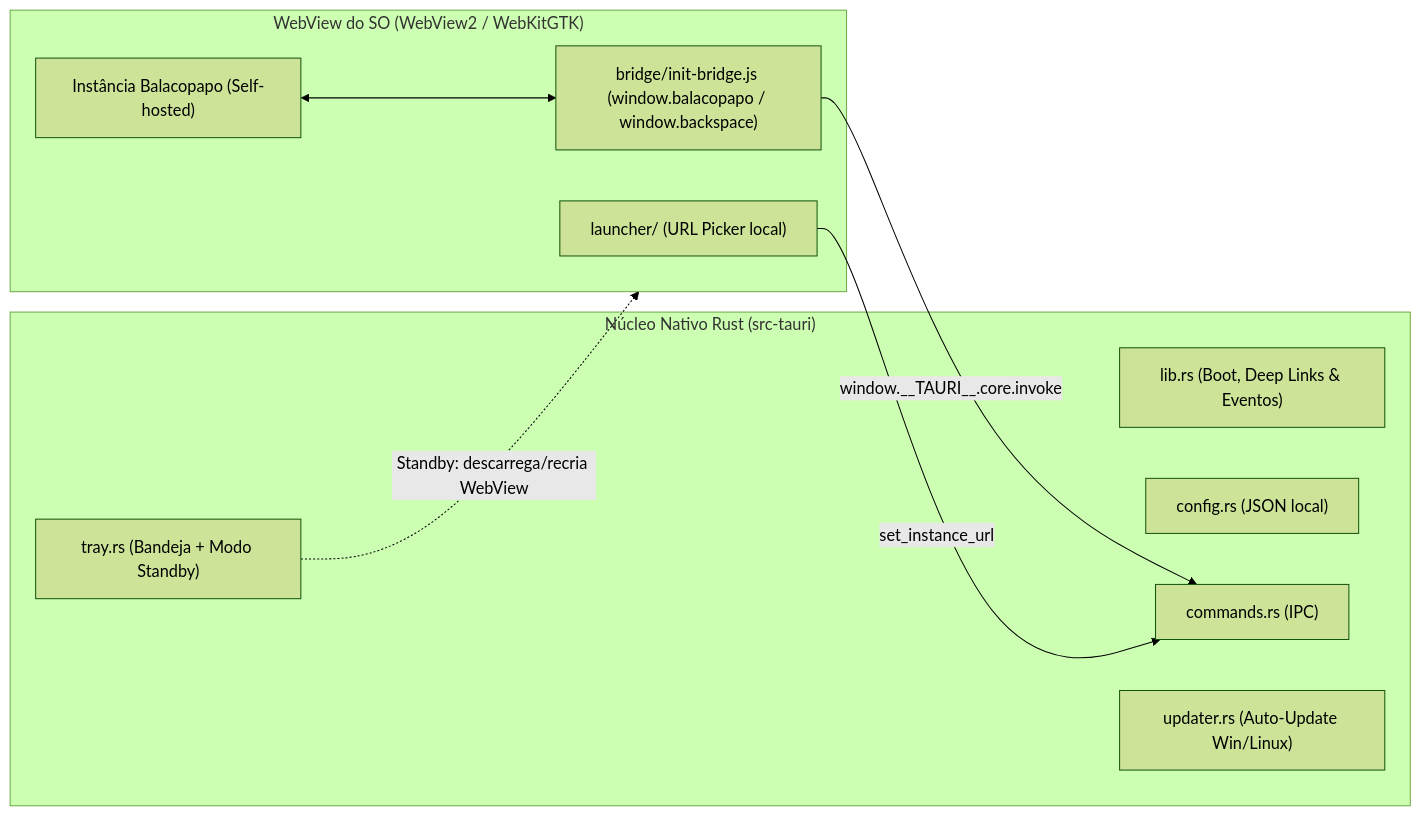
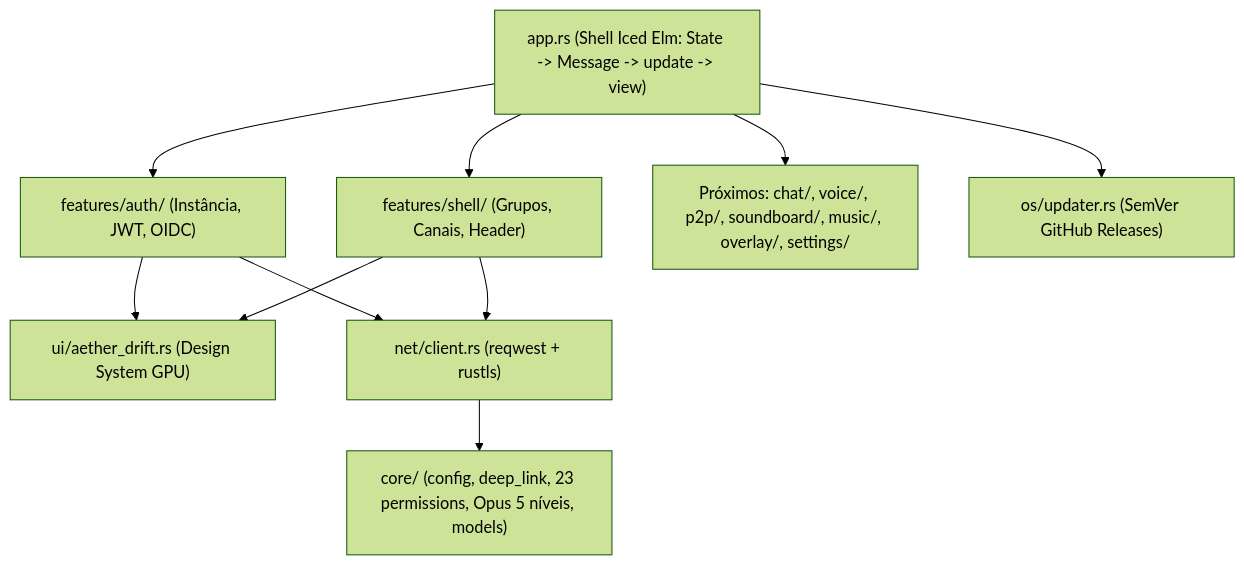
Before and after one commit to RichardDavid7/balacopapo: the diagram in clients/desktop/ARCHITECTURE.md, drawn with Mermaid (forest theme). The commit also changed other lines of this file and 46 other files, not shown here.

Commit message:
feat(desktop): migrate clients/desktop to 100% native Rust (Iced + wgpu, Zero WebView) — Marco 1

````diff
--- a/clients/desktop/ARCHITECTURE.md
+++ b/clients/desktop/ARCHITECTURE.md
@@ -9,21 +22,14 @@
 ```mermaid
-graph LR
-    subgraph Rust["Núcleo Nativo Rust (src-tauri)"]
-        LIB["lib.rs (Boot, Deep Links & Eventos)"]
-        CFG["config.rs (JSON local)"]
-        CMD["commands.rs (IPC)"]
-        TRAY["tray.rs (Bandeja + Modo Standby)"]
-        UPD["updater.rs (Auto-Update Win/Linux)"]
-    end
+graph TD
+    APP["app.rs (Shell Iced Elm: State -> Message -> update -> view)"]
+    APP --> AUTH["features/auth/ (Instância, JWT, OIDC)"]
+    APP --> SHELL["features/shell/ (Grupos, Canais, Header)"]
+    APP --> NEXT["Próximos: chat/, voice/, p2p/, soundboard/, music/, overlay/, settings/"]
 
-    subgraph WebView["WebView do SO (WebView2 / WebKitGTK)"]
-        LAUNCHER["launcher/ (URL Picker local)"]
-        BRIDGE["bridge/init-bridge.js (window.balacopapo / window.backspace)"]
-        APP["Instância Balacopapo (Self-hosted)"]
-    end
-
-    LAUNCHER -->|"set_instance_url"| CMD
-    BRIDGE -->|"window.__TAURI__.core.invoke"| CMD
-    APP <--> BRIDGE
-    TRAY -.->|"Standby: descarrega/recria WebView"| WebView
+    AUTH --> UI["ui/aether_drift.rs (Design System GPU)"]
+    SHELL --> UI
+    AUTH --> NET["net/client.rs (reqwest + rustls)"]
+    SHELL --> NET
+    APP --> OS["os/updater.rs (SemVer GitHub Releases)"]
+    NET --> CORE["core/ (config, deep_link, 23 permissions, Opus 5 níveis, models)"]
 ```
````
